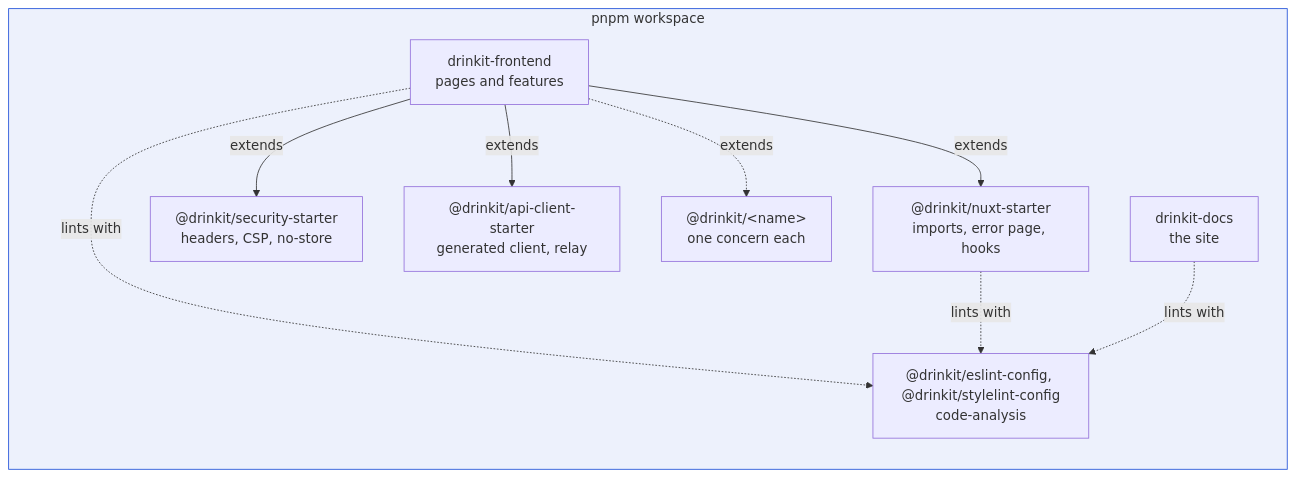
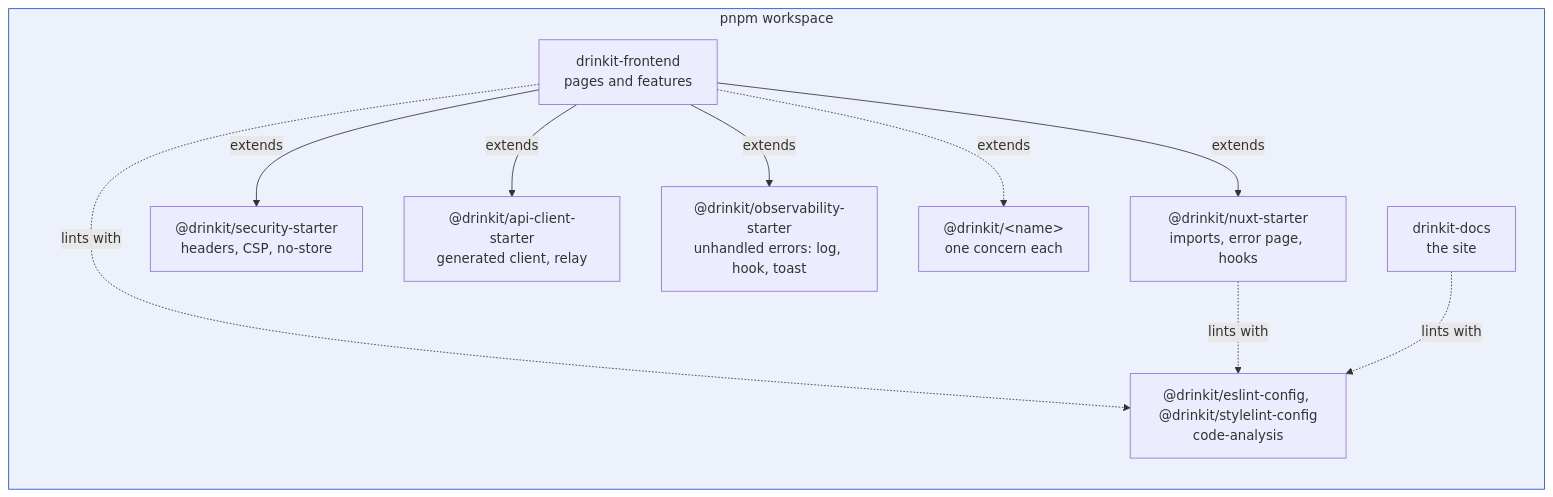
Before and after one commit to mboisnard/drinkit: the first of 3 diagrams in docs/content/en/1.engineering/2.architecture/7.frontend-architecture.md, drawn with Mermaid. The commit also changed other lines of this file and 5 other files, not shown here.

First line of the commit message:
[DOCUMENTATION] Record how the Nuxt app logs and shows its unhandled errors, and why it uses Nuxt UI (#678)

````diff
--- a/docs/content/en/1.engineering/2.architecture/7.frontend-architecture.md
+++ b/docs/content/en/1.engineering/2.architecture/7.frontend-architecture.md
@@ -19,20 +19,22 @@
 ```mermaid
 flowchart LR
   subgraph workspace["pnpm workspace"]
     app["drinkit-frontend<br/>pages and features"]
     nuxt["@drinkit/nuxt-starter<br/>imports, error page, hooks"]
     security["@drinkit/security-starter<br/>headers, CSP, no-store"]
     api["@drinkit/api-client-starter<br/>generated client, relay"]
+    obs["@drinkit/observability-starter<br/>unhandled errors: log, hook, toast"]
     other["@drinkit/&lt;name&gt;<br/>one concern each"]
     docs["drinkit-docs<br/>the site"]
     lint["@drinkit/eslint-config, @drinkit/stylelint-config<br/>code-analysis"]
   end
   app -- "extends" --> nuxt
   app -- "extends" --> security
   app -- "extends" --> api
+  app -- "extends" --> obs
   app -. "extends" .-> other
   app -. "lints with" .-> lint
   nuxt -. "lints with" .-> lint
   docs -. "lints with" .-> lint
   style workspace fill:#1d4ed814,stroke:#1d4ed8
 ```
````
